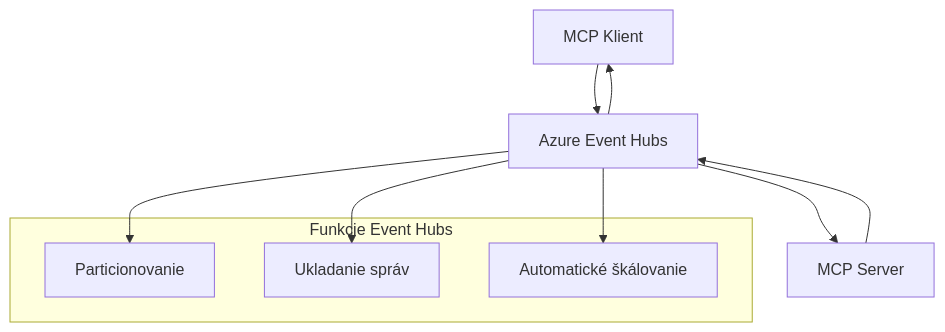
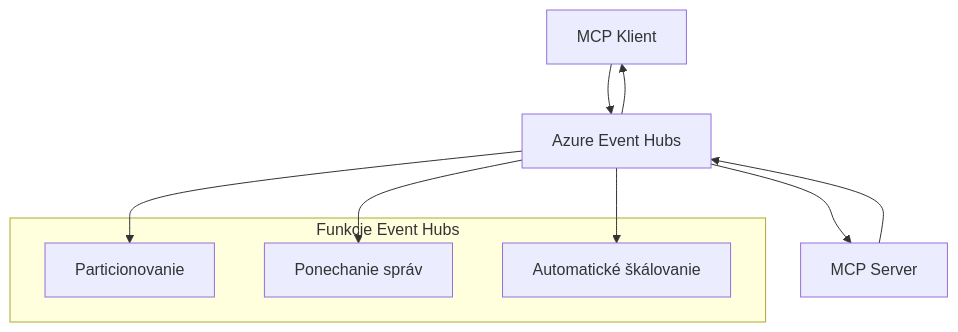
The second of 2 diagrams in mcp_ecosystem__model_context_protocol/mcp_learning_resources/mcp-for-beginners/translations/sk/05-AdvancedTopics/mcp-transport/README.md (HIDORAKAI002/ai-workspace-archive), drawn with Mermaid before and after one commit. The commit also changed other lines of this file and 1539 other files, not shown here.

````diff
--- a/mcp_ecosystem__model_context_protocol/mcp_learning_resources/mcp-for-beginners/translations/sk/05-AdvancedTopics/mcp-transport/README.md
+++ b/mcp_ecosystem__model_context_protocol/mcp_learning_resources/mcp-for-beginners/translations/sk/05-AdvancedTopics/mcp-transport/README.md
@@ -269,17 +270,17 @@
 ```mermaid
 graph TB
     Client[MCP Klient] --> EH[Azure Event Hubs]
     EH --> Server[MCP Server]
     Server --> EH
     EH --> Client
     
     subgraph "Funkcie Event Hubs"
         Partition[Particionovanie]
-        Retention[Ukladanie správ]
+        Retention[Ponechanie správ]
         Scaling[Automatické škálovanie]
     end
     
     EH --> Partition
     EH --> Retention
     EH --> Scaling
 ```
````
